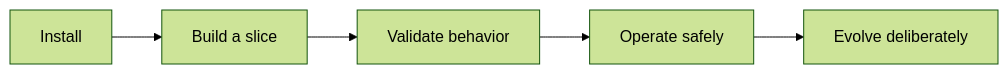
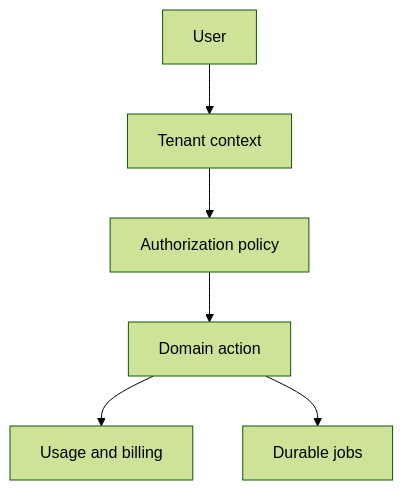
Before and after one commit to jeffersoncampos12p-dev/jeston: the diagram in path/to/docs/start/saas-starter.mdx, drawn with Mermaid (forest theme). The commit also changed other lines of this file and 31 other files, not shown here.

````diff
--- a/path/to/docs/start/saas-starter.mdx
+++ b/path/to/docs/start/saas-starter.mdx
@@ -88,7 +51,8 @@
 ```mermaid placement="top-right"
-flowchart LR
-    install[Install] --> build[Build a slice]
-    build --> validate[Validate behavior]
-    validate --> operate[Operate safely]
-    operate --> evolve[Evolve deliberately]
+flowchart TB
+    user[User] --> tenant[Tenant context]
+    tenant --> policy[Authorization policy]
+    policy --> domain[Domain action]
+    domain --> billing[Usage and billing]
+    domain --> jobs[Durable jobs]
 ```
````
